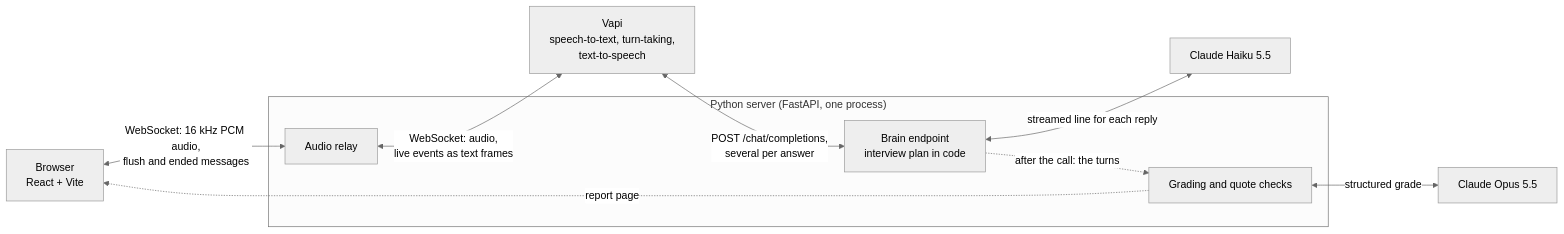
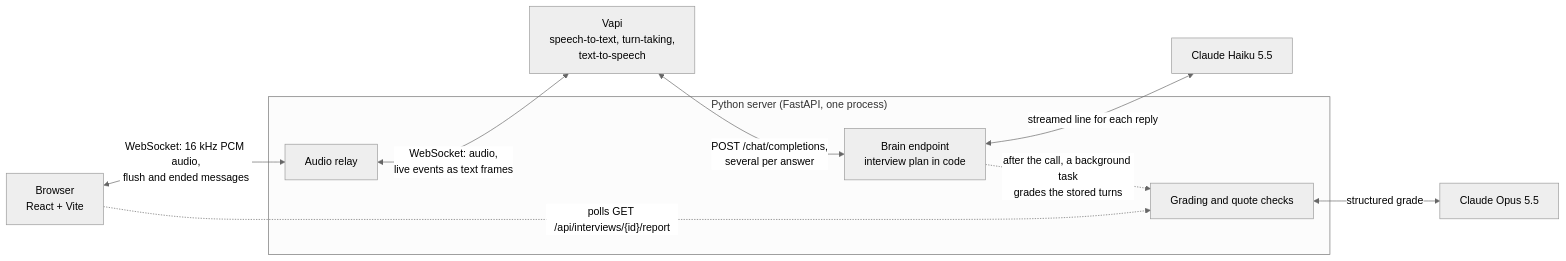
The diagram in README.md (ruhan-sahasi/mockingbird), drawn with Mermaid (neutral theme) before and after one commit. The commit also changed other lines of this file, not shown here.

First line of the commit message:
Polish the README after review

````diff
--- a/README.md
+++ b/README.md
@@ -16,20 +21,20 @@
 ```mermaid
 flowchart LR
     browser["Browser<br/>React + Vite"]
     subgraph server["Python server (FastAPI, one process)"]
         relay["Audio relay"]
         brain["Brain endpoint<br/>interview plan in code"]
         report["Grading and quote checks"]
     end
     vapi["Vapi<br/>speech-to-text, turn-taking,<br/>text-to-speech"]
     haiku["Claude Haiku 5.5"]
     opus["Claude Opus 5.5"]
 
     browser <-->|"WebSocket: 16 kHz PCM audio,<br/>flush and ended messages"| relay
     relay <-->|"WebSocket: audio,<br/>live events as text frames"| vapi
     vapi <-->|"POST /chat/completions,<br/>several per answer"| brain
     brain <-->|"streamed line for each reply"| haiku
-    brain -.->|"after the call: the turns"| report
+    brain -.->|"after the call, a background task<br/>grades the stored turns"| report
     report <-->|"structured grade"| opus
-    report -.->|"report page"| browser
+    browser -.->|"polls GET /api/interviews/{id}/report"| report
 ```
````
